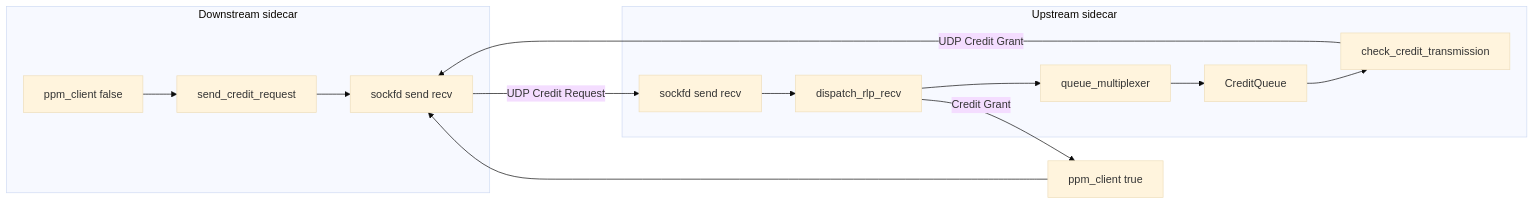
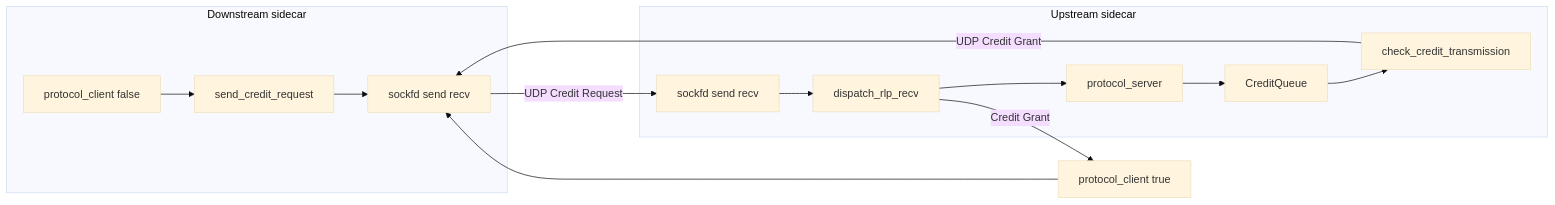
One commit to roshanfer-project/roshanfer-sidecar changed the diagram in docs/udp_rlp_internals.md. Above: the diagram before and after it, drawn with Mermaid (base theme). The commit also changed other lines of this file and 8 other files, not shown here.

````diff
--- a/docs/udp_rlp_internals.md
+++ b/docs/udp_rlp_internals.md
@@ -67,22 +67,22 @@
 ```mermaid
 flowchart LR
   subgraph downstream [Downstream sidecar]
-    ppmClient[ppm_client false]
+    protocolClient[protocol_client false]
     sendCR[send_credit_request]
     sockIO[sockfd send recv]
   end
   subgraph upstream [Upstream sidecar]
     sockIO2[sockfd send recv]
     dispatch[dispatch_rlp_recv]
-    qm[queue_multiplexer]
+    protocolServer[protocol_server]
     cq[CreditQueue]
     checkTx[check_credit_transmission]
   end
-  ppmClient --> sendCR --> sockIO
+  protocolClient --> sendCR --> sockIO
   sockIO -->|"UDP Credit Request"| sockIO2
   sockIO2 --> dispatch
-  dispatch --> qm --> cq --> checkTx
+  dispatch --> protocolServer --> cq --> checkTx
   checkTx -->|UDP Credit Grant| sockIO
-  dispatch -->|Credit Grant| ppmTrue[ppm_client true]
-  ppmTrue --> sockIO
+  dispatch -->|Credit Grant| protocolClientTrue[protocol_client true]
+  protocolClientTrue --> sockIO
 ```
````
